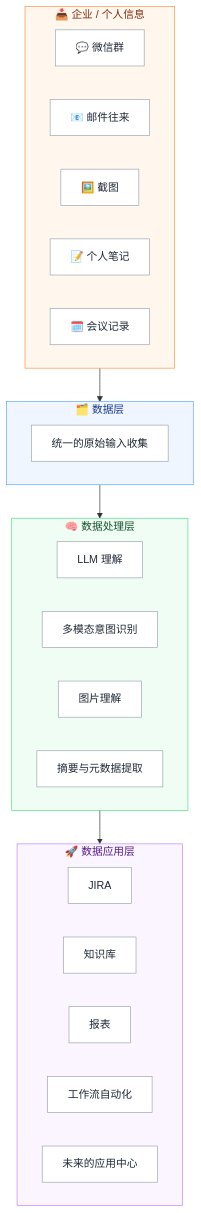
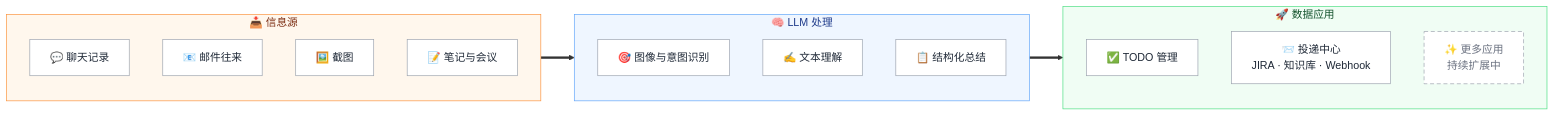
One commit to cloud2ai/devify changed the diagram in README_ZH.md. Above: the diagram before and after it, drawn with Mermaid. The commit also changed other lines of this file and 1 other file, not shown here.

Commit message:
Simplify architecture diagram and merge LLM platform sections
- Replace the two How-It-Works diagrams with a single pipeline:
  information sources -> LLM processing (image & intent recognition,
  text understanding, summarization) -> data applications (TODO
  management, delivery hub, dashed future-apps node for extensibility)
- Fold the Supported LLM Platforms list into Recommended LLM
  Providers and drop the redundant grid table
- Apply the same changes to README_ZH.md

````diff
--- a/README_ZH.md
+++ b/README_ZH.md
@@ -101,46 +101,38 @@
 ```mermaid
-flowchart TB
-    subgraph SRC["📥 企业 / 个人信息"]
-        direction LR
-        S1["💬 微信群"]
+flowchart LR
+    subgraph SRC["📥 信息源"]
+        direction TB
+        S1["💬 聊天记录"]
         S2["📧 邮件往来"]
         S3["🖼️ 截图"]
-        S4["📝 个人笔记"]
-        S5["🗓️ 会议记录"]
+        S4["📝 笔记与会议"]
     end
 
-    subgraph L1["🗂️ 数据层"]
-        D1["统一的原始输入收集"]
+    subgraph LLM["🧠 LLM 处理"]
+        direction TB
+        P1["🎯 图像与意图识别"]
+        P2["✍️ 文本理解"]
+        P3["📋 结构化总结"]
     end
 
-    subgraph L2["🧠 数据处理层"]
-        direction LR
-        P1["LLM 理解"]
-        P2["多模态意图识别"]
-        P3["图片理解"]
-        P4["摘要与元数据提取"]
+    subgraph APP["🚀 数据应用"]
+        direction TB
+        A1["✅ TODO 管理"]
+        A2["📨 投递中心<br/>JIRA · 知识库 · Webhook"]
+        A3["✨ 更多应用<br/>持续扩展中"]
     end
 
-    subgraph L3["🚀 数据应用层"]
-        direction LR
-        A1["JIRA"]
-        A2["知识库"]
-        A3["报表"]
-        A4["工作流自动化"]
-        A5["未来的应用中心"]
-    end
-
-    SRC --> L1 --> L2 --> L3
+    SRC ==> LLM ==> APP
 
     classDef srcStyle fill:#fff7ed,stroke:#fb923c,color:#7c2d12
-    classDef dataStyle fill:#eff6ff,stroke:#60a5fa,color:#1e3a8a
-    classDef procStyle fill:#f0fdf4,stroke:#4ade80,color:#14532d
-    classDef appStyle fill:#faf5ff,stroke:#c084fc,color:#581c87
+    classDef llmStyle fill:#eff6ff,stroke:#60a5fa,color:#1e3a8a
+    classDef appStyle fill:#f0fdf4,stroke:#4ade80,color:#14532d
     classDef nodeStyle fill:#ffffff,stroke:#9ca3af,color:#1f2937
+    classDef futureStyle fill:#ffffff,stroke:#9ca3af,color:#6b7280,stroke-dasharray:6 4
 
     class SRC srcStyle
-    class L1 dataStyle
-    class L2 procStyle
-    class L3 appStyle
-    class S1,S2,S3,S4,S5,D1,P1,P2,P3,P4,A1,A2,A3,A4,A5 nodeStyle
+    class LLM llmStyle
+    class APP appStyle
+    class S1,S2,S3,S4,P1,P2,P3,A1,A2 nodeStyle
+    class A3 futureStyle
 ```
````
